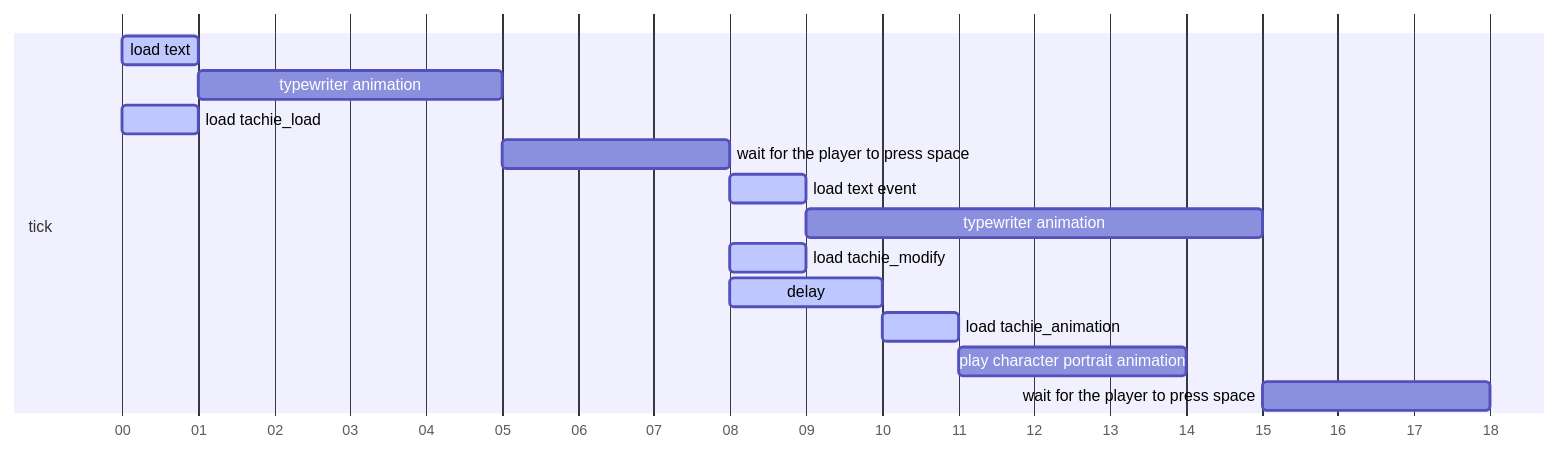
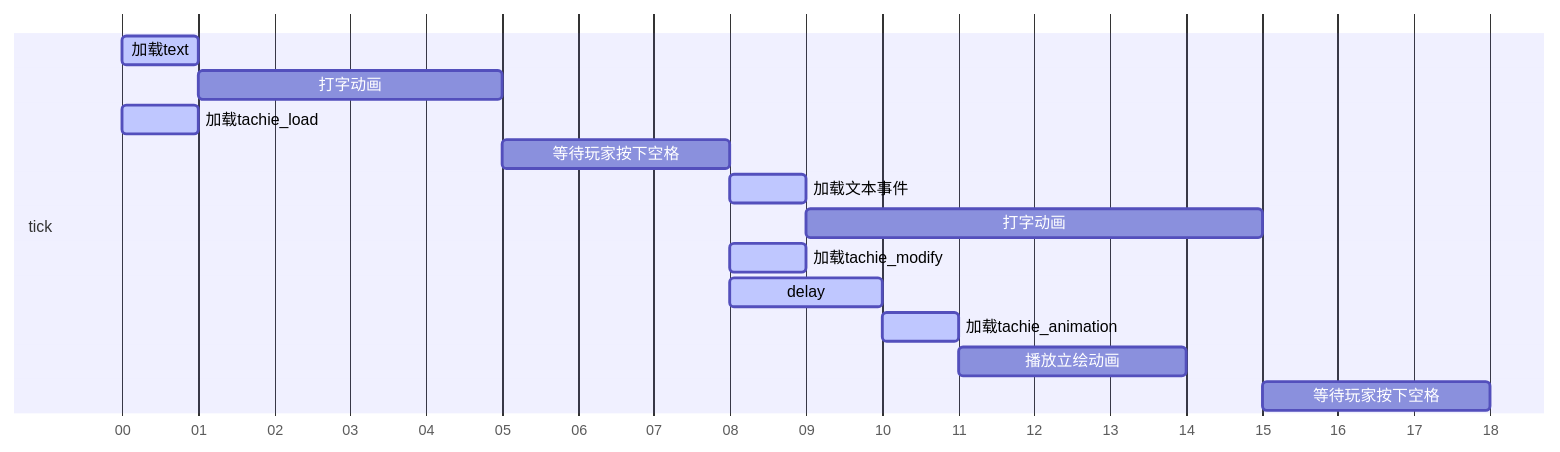
Before and after one commit to CR-019/datapack-index: the third of 4 diagrams in en/feature/archive/202507/0/content.md, drawn with Mermaid. The commit also changed other lines of this file and 285 other files, not shown here.

````diff
--- a/en/feature/archive/202507/0/content.md
+++ b/en/feature/archive/202507/0/content.md
@@ -251,18 +272,18 @@
 ```mermaid
 gantt
     axisFormat %S
     dateFormat ss
     section tick
-    load text           :active, a, after 0, 1s
-    typewriter animation              :b, after a ,4s
-    load tachie_load           :active, after 0, 1s
-    wait for the player to press space        :c, after b,3s
-    load text event           :active, d, after c,1s
-    typewriter animation              :e, after d,6s
-    load tachie_modify           :active, f, after c,1s
+    加载text           :active, a, after 0, 1s
+    打字动画              :b, after a ,4s
+    加载tachie_load           :active, after 0, 1s
+    等待玩家按下空格        :c, after b,3s
+    加载文本事件           :active, d, after c,1s
+    打字动画              :e, after d,6s
+    加载tachie_modify           :active, f, after c,1s
     delay           :active, h, after c,2s
-    load tachie_animation           :active, g, after h,1s
-    play character portrait animation              :after g,3s
-    wait for the player to press space        :after e,3s
+    加载tachie_animation           :active, g, after h,1s
+    播放立绘动画              :after g,3s
+    等待玩家按下空格        :after e,3s
 
 ```
````
